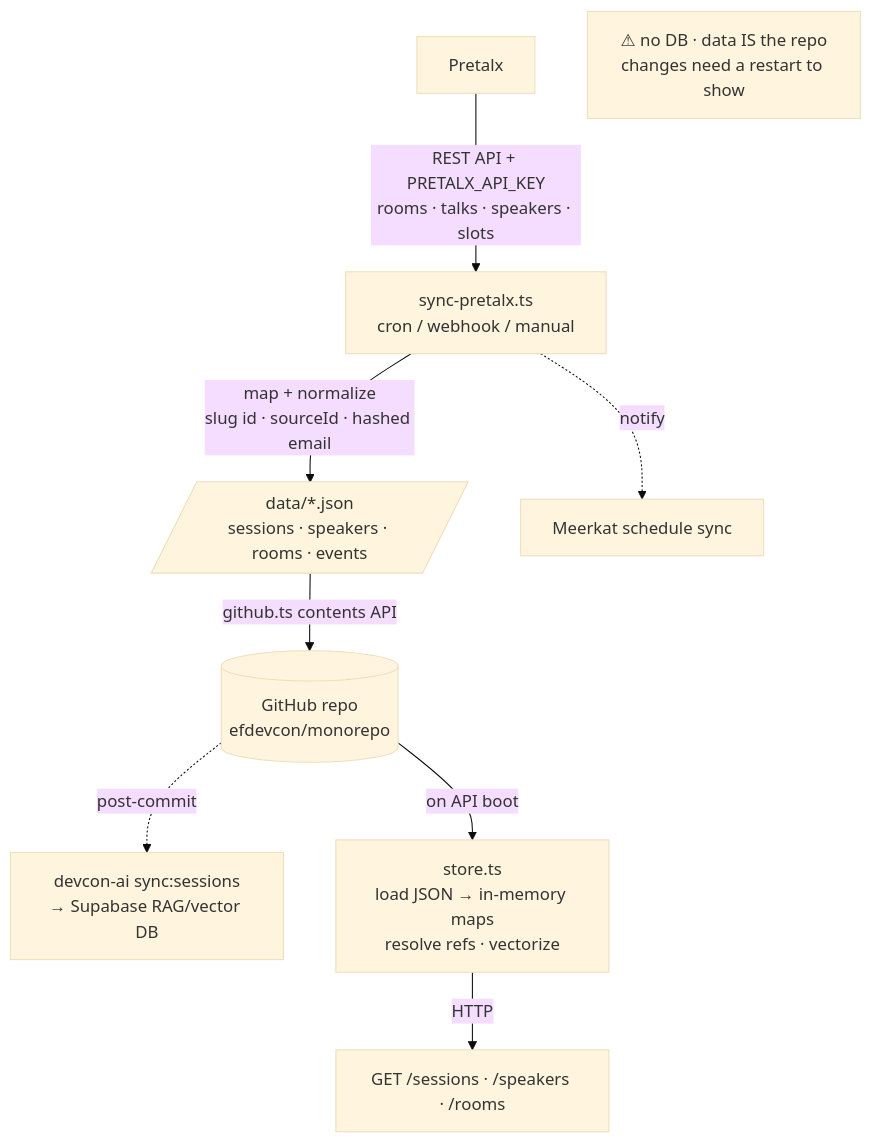
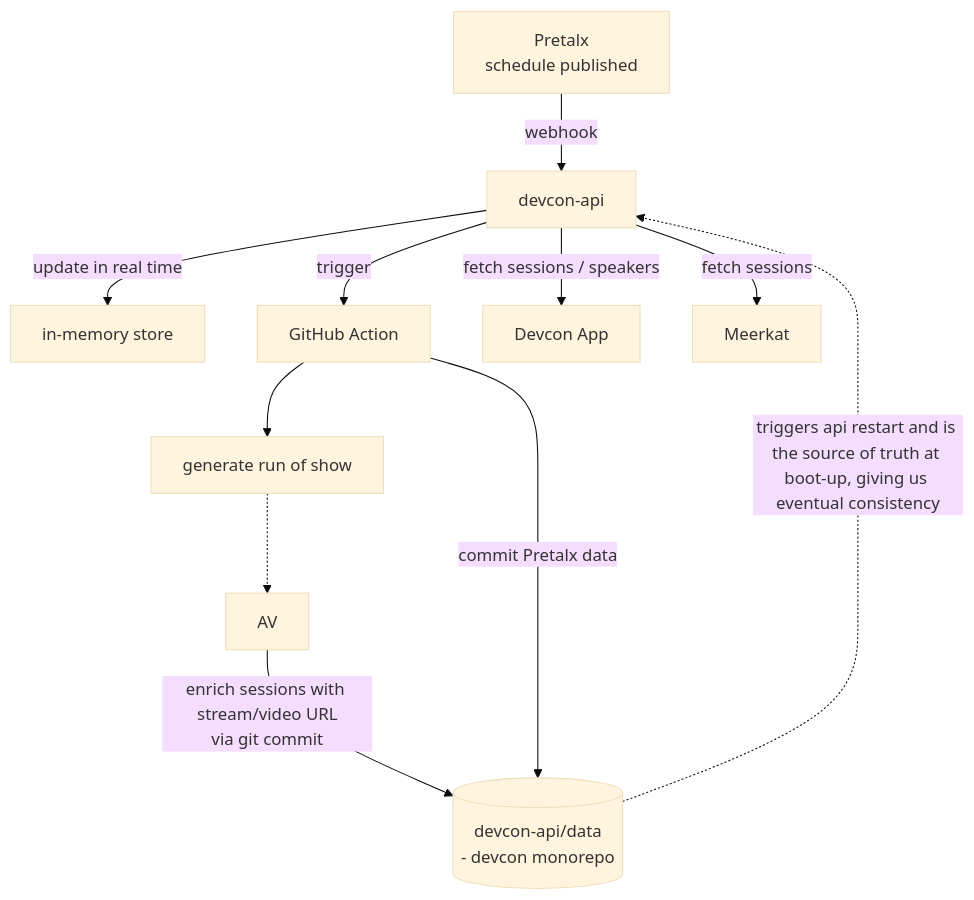
Before and after one commit to efdevcon/monorepo: the diagram in documentation-by-folder/__current-tasks/av/pretalx-pipeline.md, drawn with Mermaid (base theme). The commit also changed other lines of this file, not shown here.

Commit message:
update pretalx chart

````diff
--- a/documentation-by-folder/__current-tasks/av/pretalx-pipeline.md
+++ b/documentation-by-folder/__current-tasks/av/pretalx-pipeline.md
@@ -32,11 +36,13 @@
 ```mermaid
 flowchart TD
-    PX[Pretalx] -->|REST API + PRETALX_API_KEY<br/>rooms · talks · speakers · slots| SYNC[sync-pretalx.ts<br/>cron / webhook / manual]
-    SYNC -->|map + normalize<br/>slug id · sourceId · hashed email| JSON[/data/*.json<br/>sessions · speakers · rooms · events/]
-    JSON -->|github.ts contents API| GH[(GitHub repo<br/>efdevcon/monorepo)]
-    SYNC -.notify.-> MK[Meerkat schedule sync]
-    GH -.post-commit.-> RAG[devcon-ai sync:sessions<br/>→ Supabase RAG/vector DB]
-    GH -->|on API boot| STORE[store.ts<br/>load JSON → in-memory maps<br/>resolve refs · vectorize]
-    STORE -->|HTTP| API[GET /sessions · /speakers · /rooms]
-    note["⚠ no DB · data IS the repo<br/>changes need a restart to show"]
+    PX[Pretalx<br/>schedule published] -->|webhook| API[devcon-api]
+    AV[AV] -->|enrich sessions with stream/video URL<br/>via git commit| DATA
+    API -->|update in real time| STORE[in-memory store]
+    API -->|trigger| GHA[GitHub Action]
+    GHA --> ROS[generate run of show]
+    ROS -.-> AV
+    GHA -->|commit Pretalx data| DATA[(devcon-api/data<br/> - devcon monorepo)]
+    DATA -.triggers api restart and is the source of truth at boot-up, giving us eventual consistency.-> API
+    API -->|fetch sessions / speakers| APP[Devcon App]
+    API -->|fetch sessions| MK[Meerkat]
 ```
````
